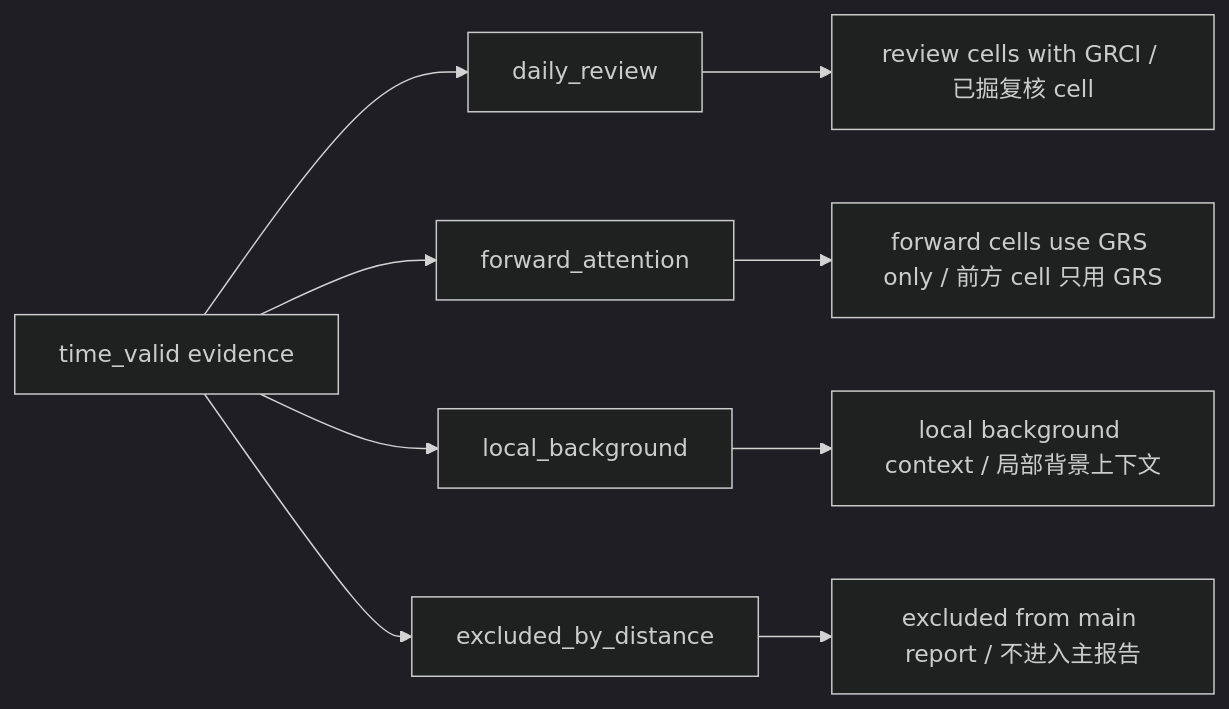
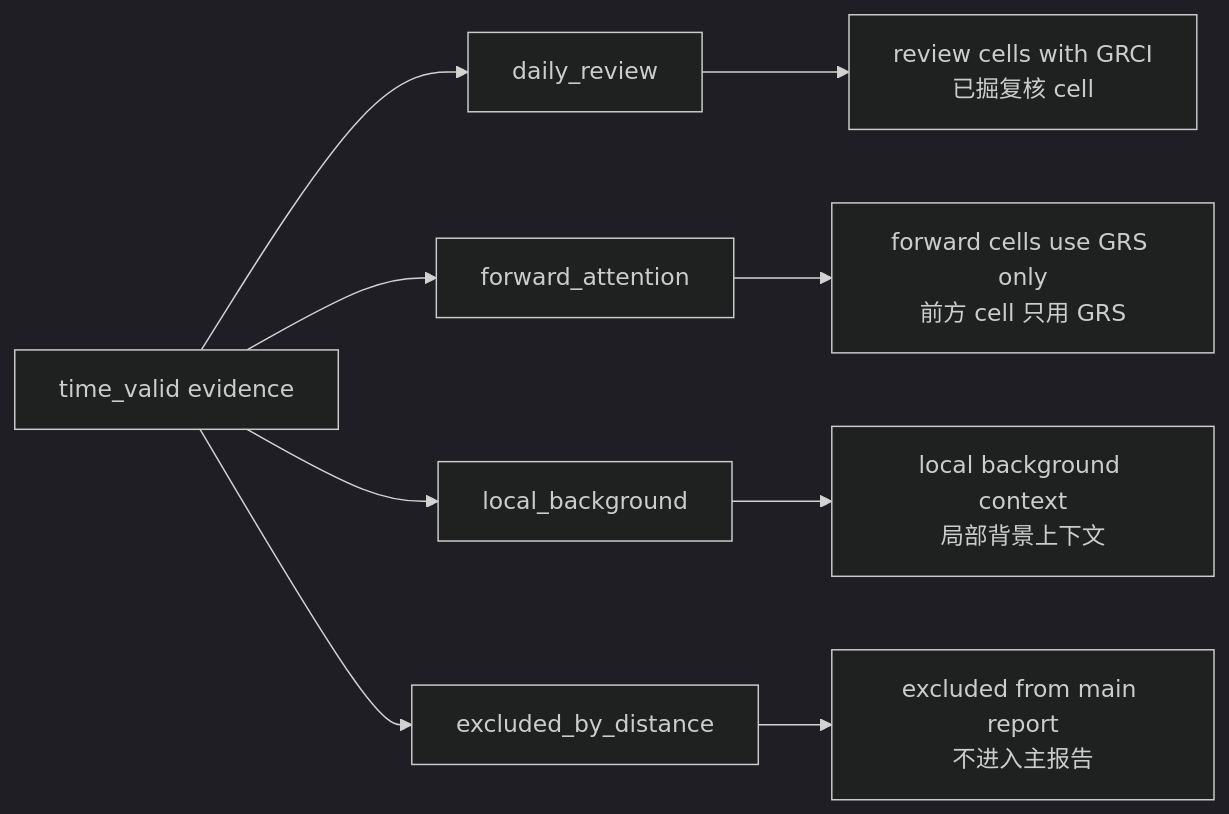
Before and after one commit to xiaodazhao/tbm-report: the second of 4 diagrams in backend/docs/README.md, drawn with Mermaid (dark theme). The commit also changed other lines of this file and 1 other file, not shown here.

Commit message:
Fix Mermaid diagrams for GitHub rendering

````diff
--- a/backend/docs/README.md
+++ b/backend/docs/README.md
@@ -100,12 +100,12 @@
 ```mermaid
 flowchart LR
-    A[time_valid evidence] --> B[daily_review]
-    A --> C[forward_attention]
-    A --> D[local_background]
-    A --> E[excluded_by_distance]
+    time_valid["time_valid evidence"] --> review["daily_review"]
+    time_valid --> forward["forward_attention"]
+    time_valid --> background["local_background"]
+    time_valid --> excluded["excluded_by_distance"]
 
-    B --> F[review cells with GRCI / 已掘复核 cell]
-    C --> G[forward cells use GRS only / 前方 cell 只用 GRS]
-    D --> H[local background context / 局部背景上下文]
-    E --> I[excluded from main report / 不进入主报告]
+    review --> review_use["review cells with GRCI<br/>已掘复核 cell"]
+    forward --> forward_use["forward cells use GRS only<br/>前方 cell 只用 GRS"]
+    background --> background_use["local background context<br/>局部背景上下文"]
+    excluded --> excluded_use["excluded from main report<br/>不进入主报告"]
 ```
````
